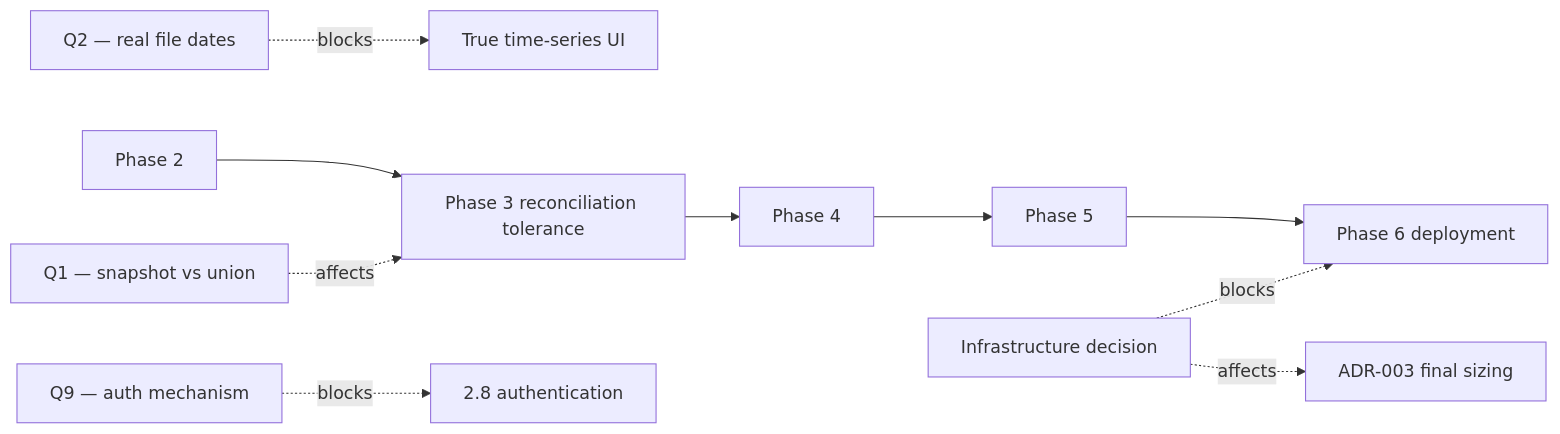
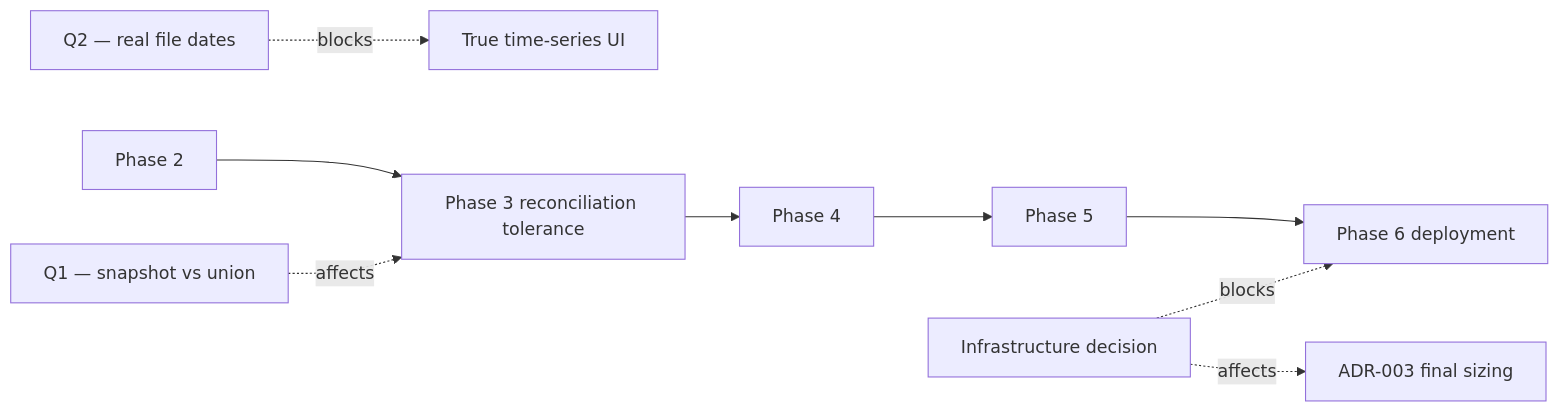
Before and after one commit to MahdiSiamaki/QuadraSense: the diagram in docs/architecture/05-roadmap.md, drawn with Mermaid. The commit also changed other lines of this file and 5 other files, not shown here.

````diff
--- a/docs/architecture/05-roadmap.md
+++ b/docs/architecture/05-roadmap.md
@@ -133,11 +133,10 @@
 ```mermaid
 flowchart LR
     Q2["Q2 — real file dates"] -.blocks.-> TS["True time-series UI"]
     Q1["Q1 — snapshot vs union"] -.affects.-> P3["Phase 3 reconciliation tolerance"]
     INF["Infrastructure decision"] -.blocks.-> P6["Phase 6 deployment"]
     INF -.affects.-> ADR3["ADR-003 final sizing"]
-    Q9["Q9 — auth mechanism"] -.blocks.-> P28["2.8 authentication"]
     P3 --> P4["Phase 4"]
     P2["Phase 2"] --> P3
     P4 --> P5["Phase 5"] --> P6
 ```
````
